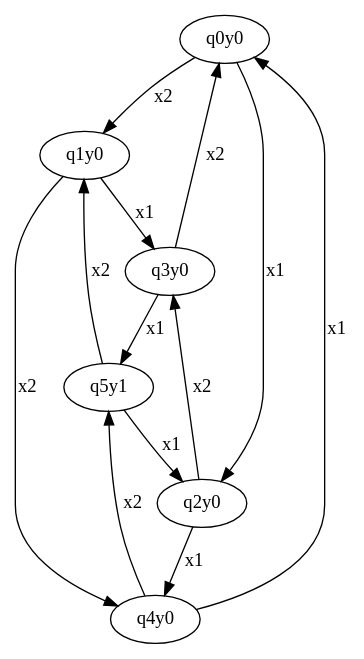
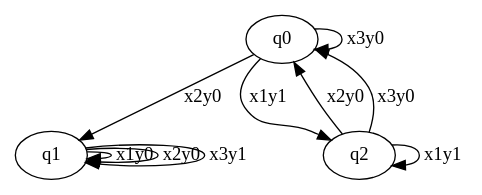
The diagram in ConvertMachines/MachineMinimization/graph.dot (StepanovVladimir/machines_and_formal_languages), drawn with Graphviz before and after one commit. The commit also changed 11 other files, not shown here.

```diff
--- a/ConvertMachines/MachineMinimization/graph.dot
+++ b/ConvertMachines/MachineMinimization/graph.dot
@@ -1,20 +1,14 @@
 digraph G {
-0 [label=q0y0];
-1 [label=q1y0];
-2 [label=q2y0];
-3 [label=q3y0];
-4 [label=q4y0];
-5 [label=q5y1];
-0->2  [label=x1];
-0->1  [label=x2];
-1->3  [label=x1];
-1->4  [label=x2];
-2->4  [label=x1];
-2->3  [label=x2];
-3->5  [label=x1];
-3->0  [label=x2];
-4->0  [label=x1];
-4->5  [label=x2];
-5->2  [label=x1];
-5->1  [label=x2];
+0 [label=q0];
+1 [label=q1];
+2 [label=q2];
+0->2  [label=x1y1];
+0->1  [label=x2y0];
+0->0  [label=x3y0];
+1->1  [label=x1y0];
+1->1  [label=x2y0];
+1->1  [label=x3y1];
+2->2  [label=x1y1];
+2->0  [label=x2y0];
+2->0  [label=x3y0];
 }
```
